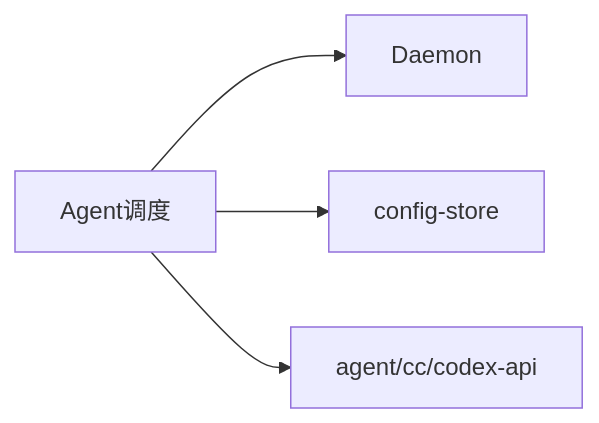
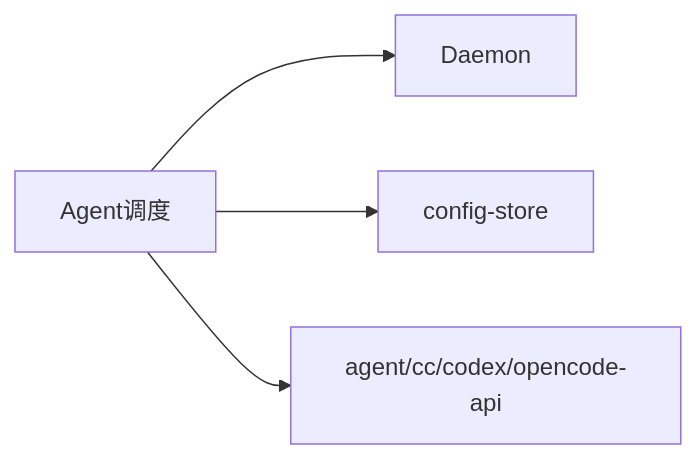
The second of 2 diagrams in knowledge/业务域/Agent调度/01-概览.md (suveng/cursor-claw), drawn with Mermaid before and after one commit. The commit also changed other lines of this file and 42 other files, not shown here.

````diff
--- a/knowledge/业务域/Agent调度/01-概览.md
+++ b/knowledge/业务域/Agent调度/01-概览.md
@@ -42,6 +46,6 @@
 ```mermaid
 flowchart LR
   AD[Agent调度] --> DM[Daemon]
   AD --> CS[config-store]
-  AD --> APIs[agent/cc/codex-api]
+  AD --> APIs[agent/cc/codex/opencode-api]
 ```
````
